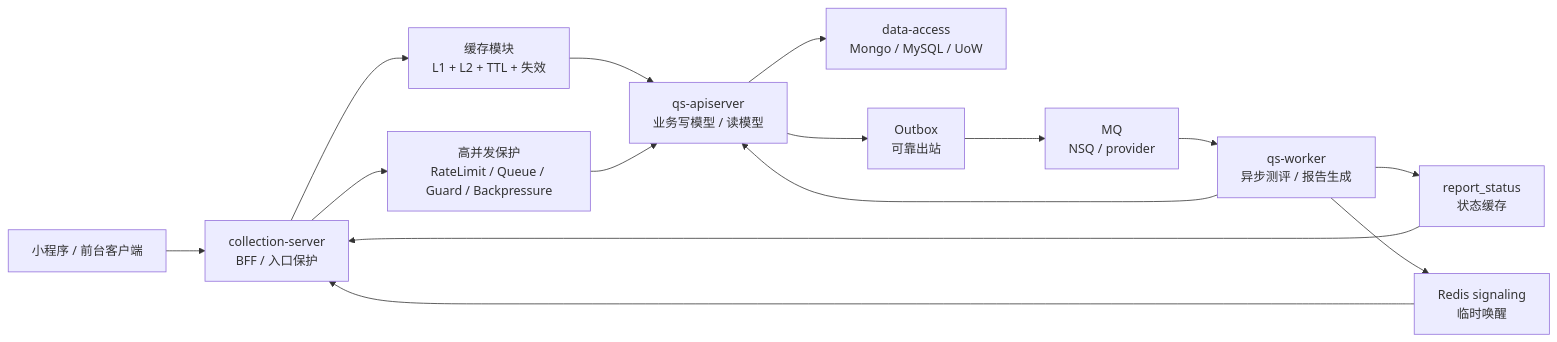
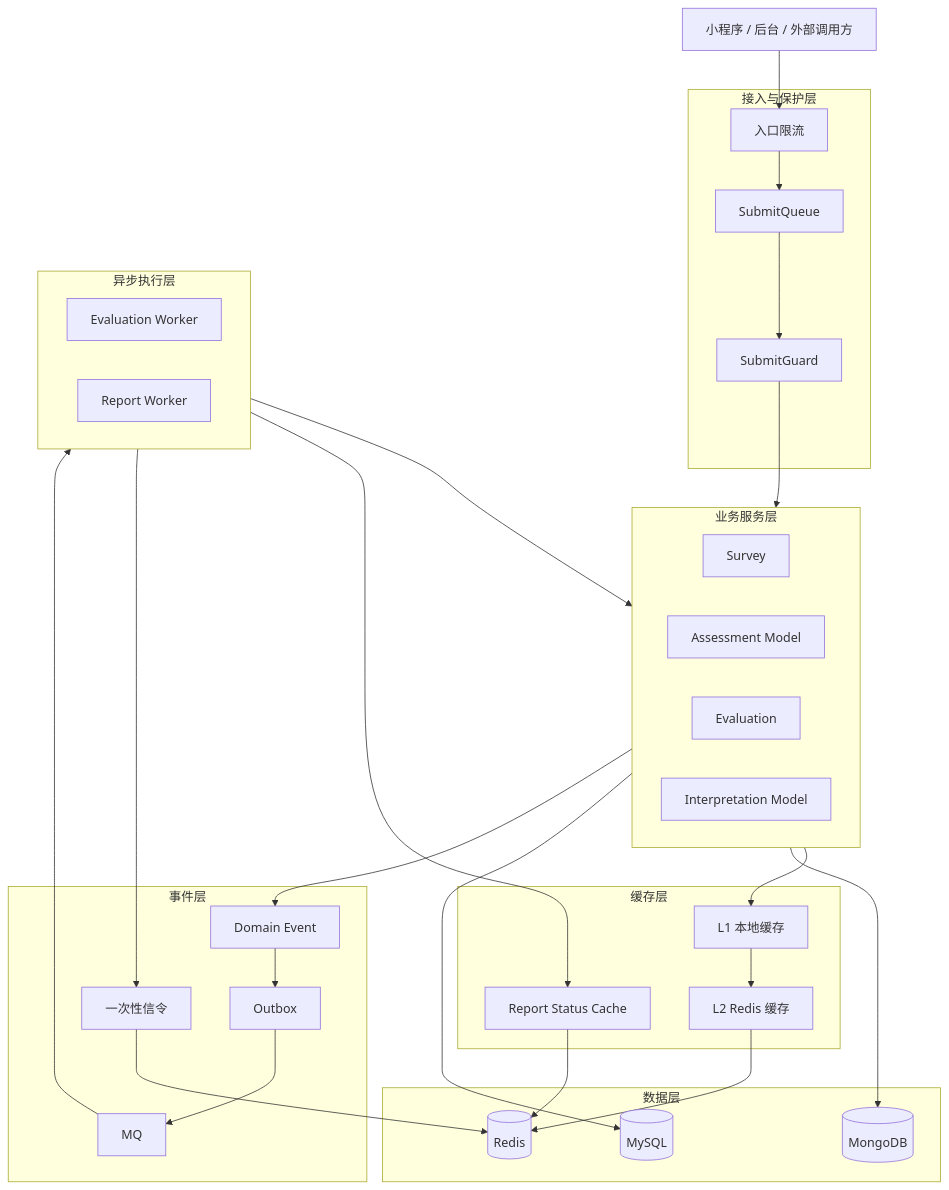
The diagram in docs/03-基础设施/00-基础设施总览.md (FangcunMount/qs-server), drawn with Mermaid before and after one commit. The commit also changed other lines of this file and 266 other files, not shown here.

````diff
--- a/docs/03-基础设施/00-基础设施总览.md
+++ b/docs/03-基础设施/00-基础设施总览.md
@@ -21,29 +7,47 @@
 ```mermaid
-flowchart LR
-    Client["小程序 / 前台客户端"]
-    Collection["collection-server<br/>BFF / 入口保护"]
-    Cache["缓存模块<br/>L1 + L2 + TTL + 失效"]
-    Concurrency["高并发保护<br/>RateLimit / Queue / Guard / Backpressure"]
-    API["qs-apiserver<br/>业务写模型 / 读模型"]
-    Data["data-access<br/>Mongo / MySQL / UoW"]
-    Outbox["Outbox<br/>可靠出站"]
-    MQ["MQ<br/>NSQ / provider"]
-    Worker["qs-worker<br/>异步测评 / 报告生成"]
-    Status["report_status<br/>状态缓存"]
-    Signal["Redis signaling<br/>临时唤醒"]
-
-    Client --> Collection
-    Collection --> Concurrency
-    Collection --> Cache
-    Cache --> API
-    Concurrency --> API
-    API --> Data
-    API --> Outbox
-    Outbox --> MQ
-    MQ --> Worker
-    Worker --> API
-    Worker --> Status
-    Worker --> Signal
-    Signal --> Collection
-    Status --> Collection
+flowchart TB
+    client["小程序 / 后台 / 外部调用方"]
+    subgraph access["接入与保护层"]
+        rate["入口限流"]
+        queue["SubmitQueue"]
+        guard["SubmitGuard"]
+    end
+    subgraph app["业务服务层"]
+        survey["Survey"]
+        model["Assessment Model"]
+        eval["Evaluation"]
+        report["Interpretation Model"]
+    end
+    subgraph cache["缓存层"]
+        l1["L1 本地缓存"]
+        l2["L2 Redis 缓存"]
+        status["Report Status Cache"]
+    end
+    subgraph event["事件层"]
+        domain["Domain Event"]
+        outbox["Outbox"]
+        mq["MQ"]
+        signal["一次性信令"]
+    end
+    subgraph worker["异步执行层"]
+        ew["Evaluation Worker"]
+        rw["Report Worker"]
+    end
+    subgraph db["数据层"]
+        mongo[("MongoDB")]
+        mysql[("MySQL")]
+        redis[("Redis")]
+    end
+    client --> rate --> queue --> guard --> app
+    app --> l1
+    l1 --> l2
+    l2 --> redis
+    app --> mongo
+    app --> mysql
+    app --> domain --> outbox --> mq --> worker
+    worker --> app
+    worker --> status
+    worker --> signal
+    status --> redis
+    signal --> redis
 ```
````
